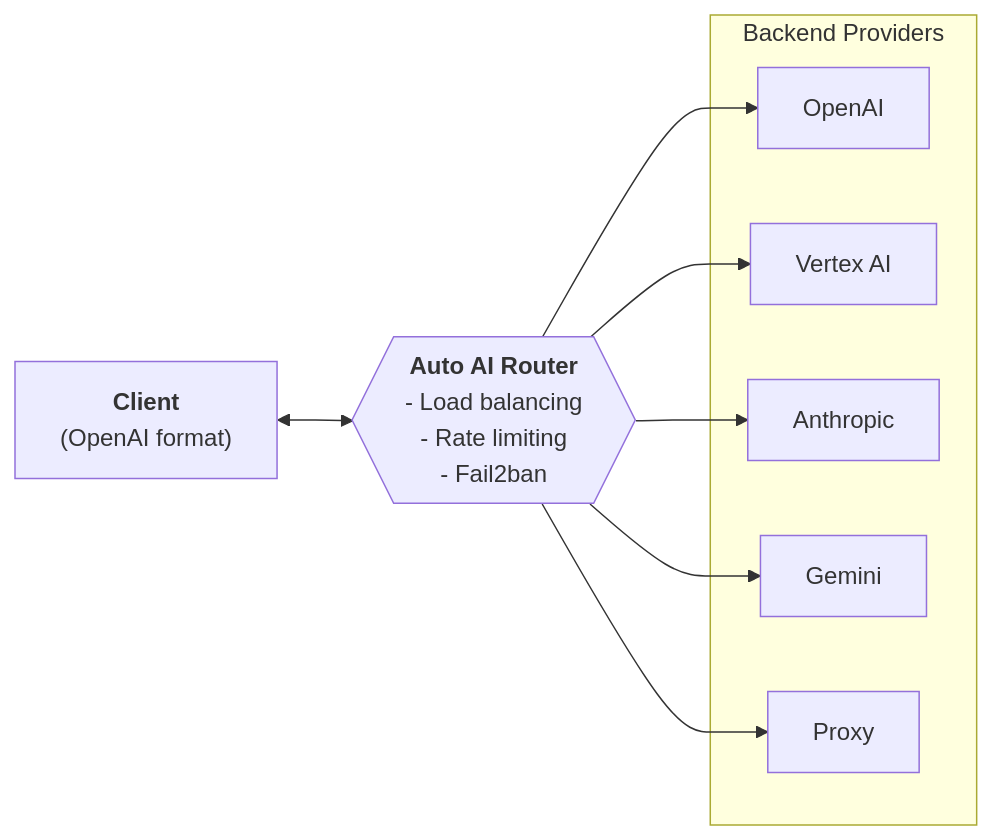
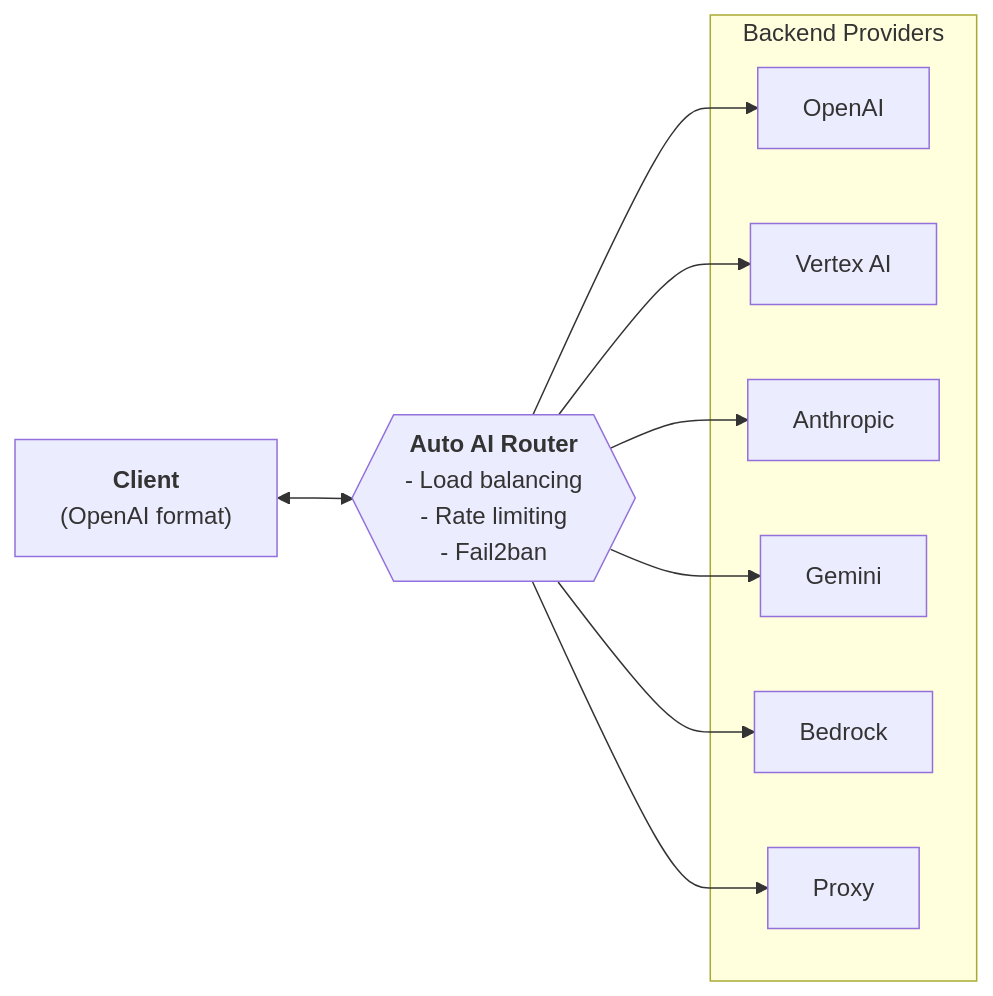
The diagram in docs/index.md (MiXaiLL76/auto_ai_router), drawn with Mermaid before and after one commit. The commit also changed 3 other files, not shown here.

````diff
--- a/docs/index.md
+++ b/docs/index.md
@@ -9,21 +9,23 @@
 ```mermaid
 graph LR
     Client["<b>Client</b><br/>(OpenAI format)"]
 
     Router{{"<b>Auto AI Router</b><br/>- Load balancing<br/>- Rate limiting<br/>- Fail2ban"}}
 
     subgraph Providers ["Backend Providers"]
         OpenAI[OpenAI]
         Vertex[Vertex AI]
         Anthropic[Anthropic]
         Gemini[Gemini]
+        Bedrock[Bedrock]
         Proxy[Proxy]
     end
 
     Client <--> Router
     Router --> OpenAI
     Router --> Vertex
     Router --> Anthropic
     Router --> Gemini
+    Router --> Bedrock
     Router --> Proxy
 ```
````
